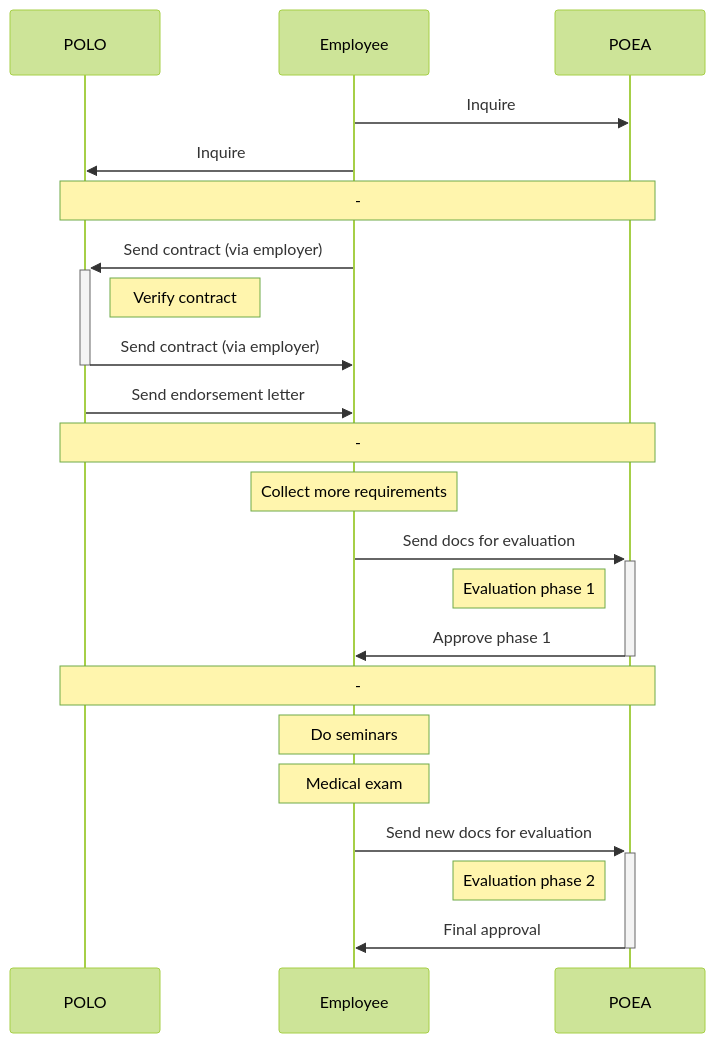
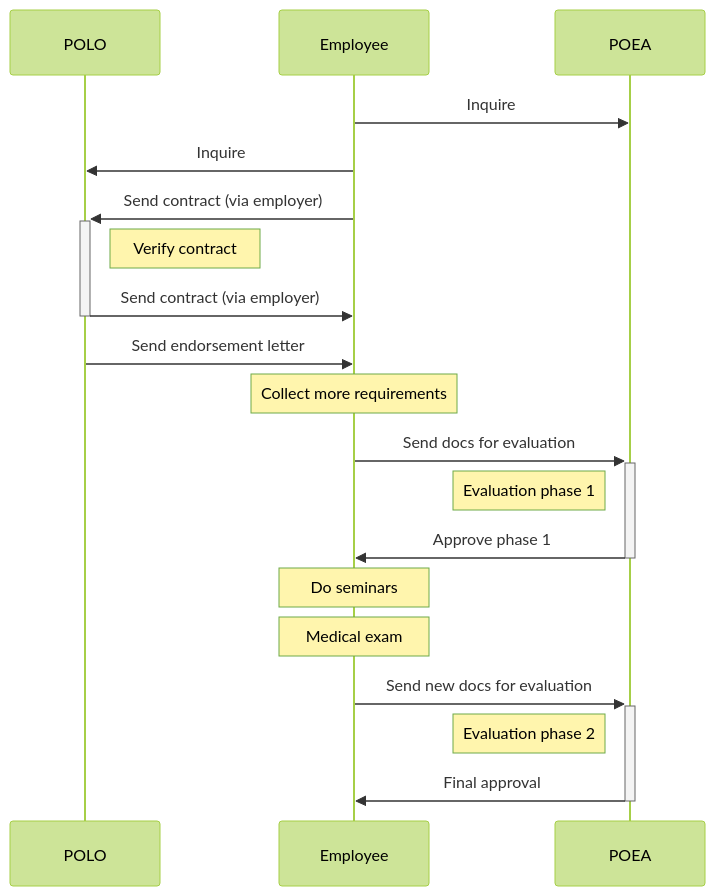
One commit to rstacruz/oec-guide changed the diagram in docs/process_overview.md. Above: the diagram before and after it, drawn with Mermaid (forest theme). The commit also changed 1 other file, not shown here.

Commit message:
Clean out some typos

````diff
--- a/docs/process_overview.md
+++ b/docs/process_overview.md
@@ -33,31 +33,25 @@
 ```mermaid
 sequenceDiagram
 participant POLO as POLO
 participant Employee
 participant POEA as POEA
 
 Employee->>POEA: Inquire
 Employee->>POLO: Inquire
 
-Note over POLO,POEA: -
-
 Employee->>+POLO: Send contract (via employer)
 Note right of POLO: Verify contract
 POLO->>-Employee: Send contract (via employer)
 POLO->>Employee: Send endorsement letter
 
-Note over POLO,POEA: -
-
 Note over Employee: Collect more requirements
 Employee->>+POEA: Send docs for evaluation
 Note left of POEA: Evaluation phase 1
 POEA->>-Employee: Approve phase 1
-
-Note over POLO,POEA: -
 
 Note over Employee: Do seminars
 Note over Employee: Medical exam
 Employee->>+POEA: Send new docs for evaluation
 Note left of POEA: Evaluation phase 2
 POEA->>-Employee: Final approval
 ```
````
